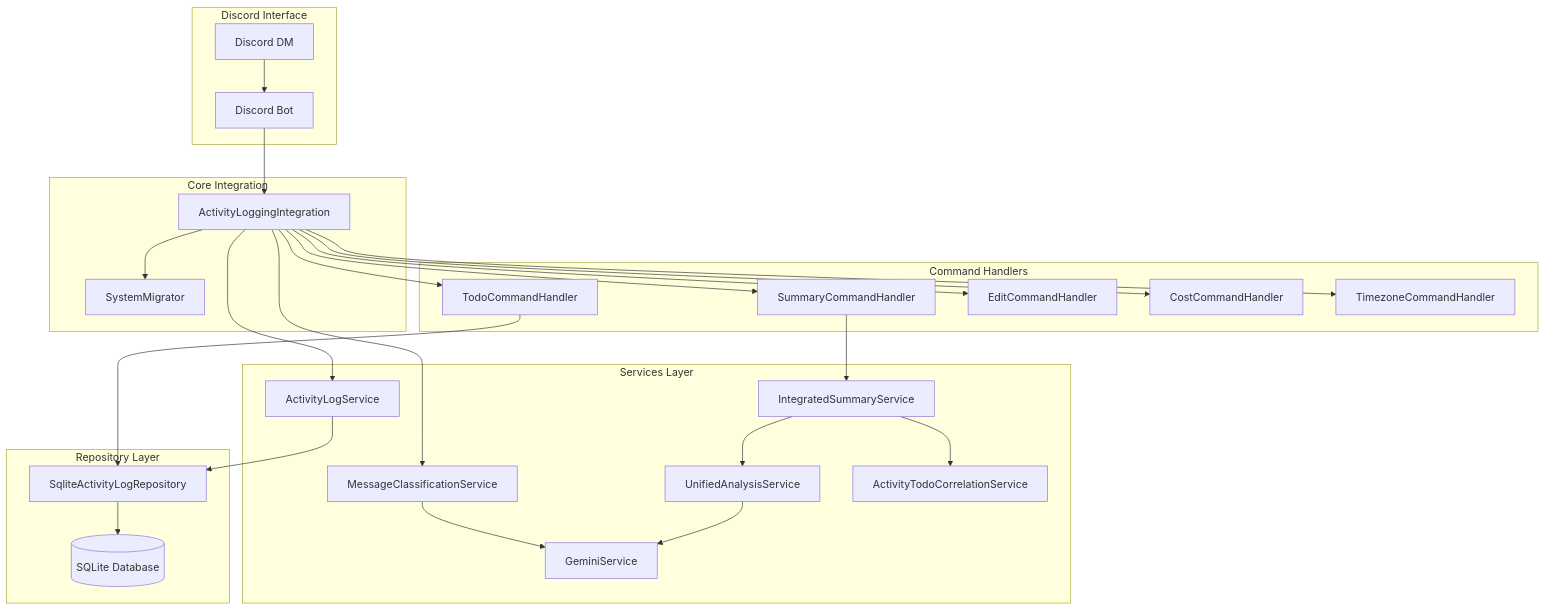
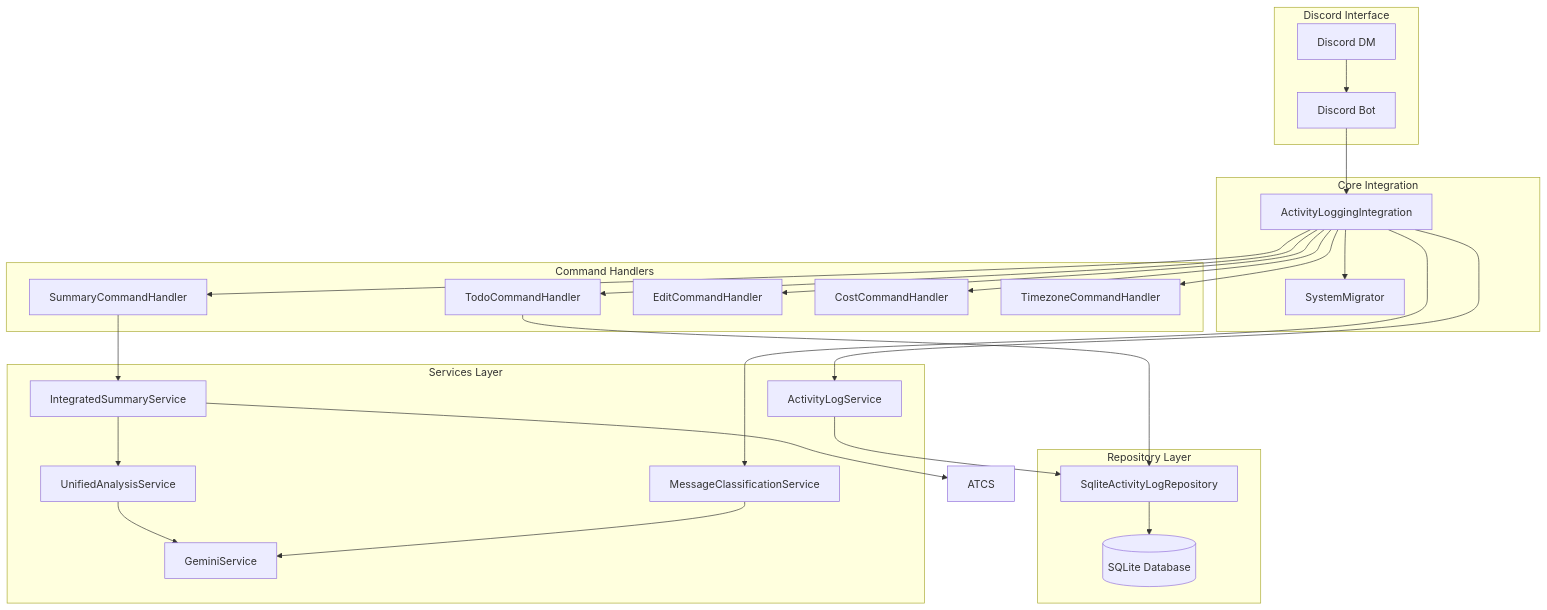
One commit to senjoysk/TimeLogger changed the diagram in docs/DEVELOPMENT_GUIDE.md. Above: the diagram before and after it, drawn with Mermaid. The commit also changed 14 other files, not shown here.

````diff
--- a/docs/DEVELOPMENT_GUIDE.md
+++ b/docs/DEVELOPMENT_GUIDE.md
@@ -56,53 +56,52 @@
 ```mermaid
 graph TB
     subgraph "Discord Interface"
         DM[Discord DM]
         Bot[Discord Bot]
     end
     
     subgraph "Core Integration"
         ALI[ActivityLoggingIntegration]
         ALI --> SM[SystemMigrator]
     end
     
     subgraph "Command Handlers"
         TCH[TodoCommandHandler]
         SCH[SummaryCommandHandler]
         ECH[EditCommandHandler]
         CCH[CostCommandHandler]
         TZCH[TimezoneCommandHandler]
     end
     
     subgraph "Services Layer"
         ALS[ActivityLogService]
         GS[GeminiService]
         ISS[IntegratedSummaryService]
         UAS[UnifiedAnalysisService]
         MCS[MessageClassificationService]
-        ATCS[ActivityTodoCorrelationService]
     end
     
     subgraph "Repository Layer"
         SALR[SqliteActivityLogRepository]
         SALR --> DB[(SQLite Database)]
     end
     
     DM --> Bot
     Bot --> ALI
     ALI --> TCH
     ALI --> SCH
     ALI --> ECH
     ALI --> CCH
     ALI --> TZCH
     
     TCH --> SALR
     SCH --> ISS
     ISS --> UAS
     ISS --> ATCS
     UAS --> GS
     MCS --> GS
     ALS --> SALR
     
     ALI --> ALS
     ALI --> MCS
 ```
````
